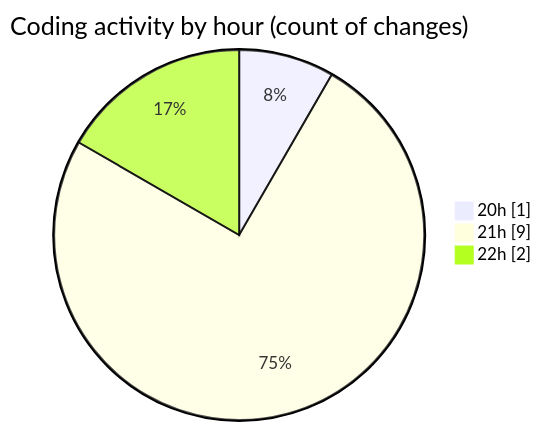
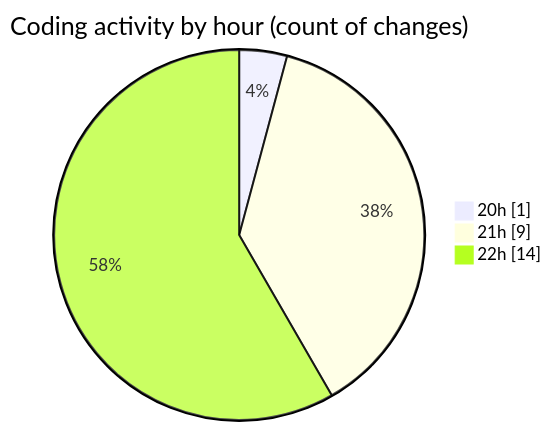
Before and after one commit to jadenblack/code-tracking: the second of 2 diagrams in 2026-02-26/shadcn-admin-kit-main__workspace_/README.md, drawn with Mermaid. The commit also changed other lines of this file and 1 other file, not shown here.

````diff
--- a/2026-02-26/shadcn-admin-kit-main__workspace_/README.md
+++ b/2026-02-26/shadcn-admin-kit-main__workspace_/README.md
@@ -31,7 +31,7 @@
 ```mermaid
 pie showData
 title Coding activity by hour (count of changes)
 "20h" : 1
 "21h" : 9
-"22h" : 2
+"22h" : 14
 ```
````
